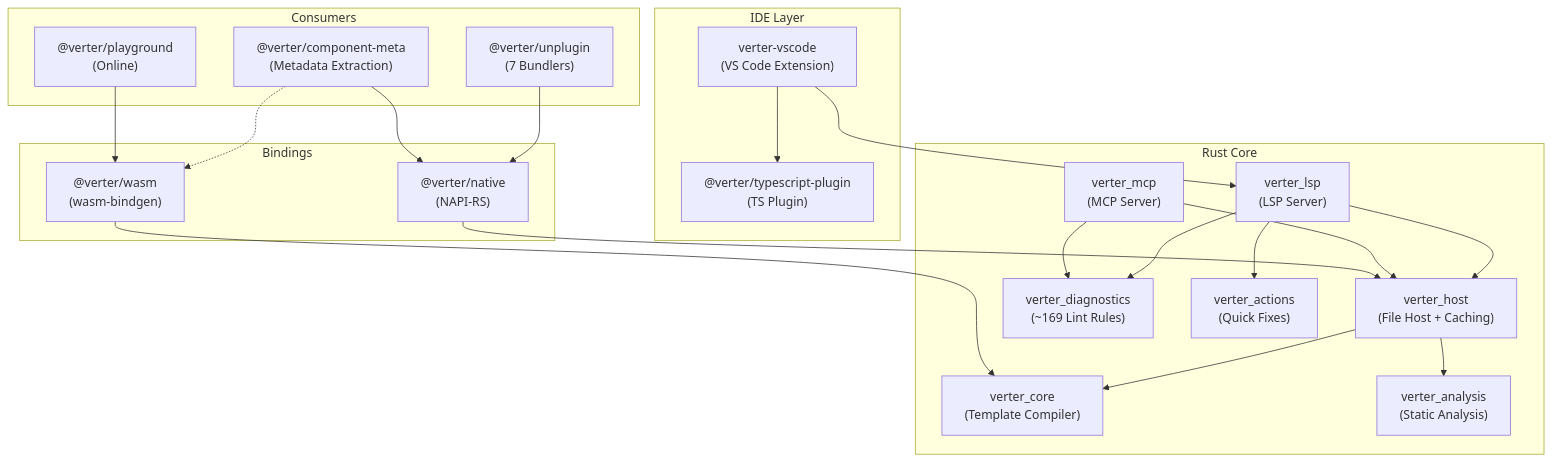
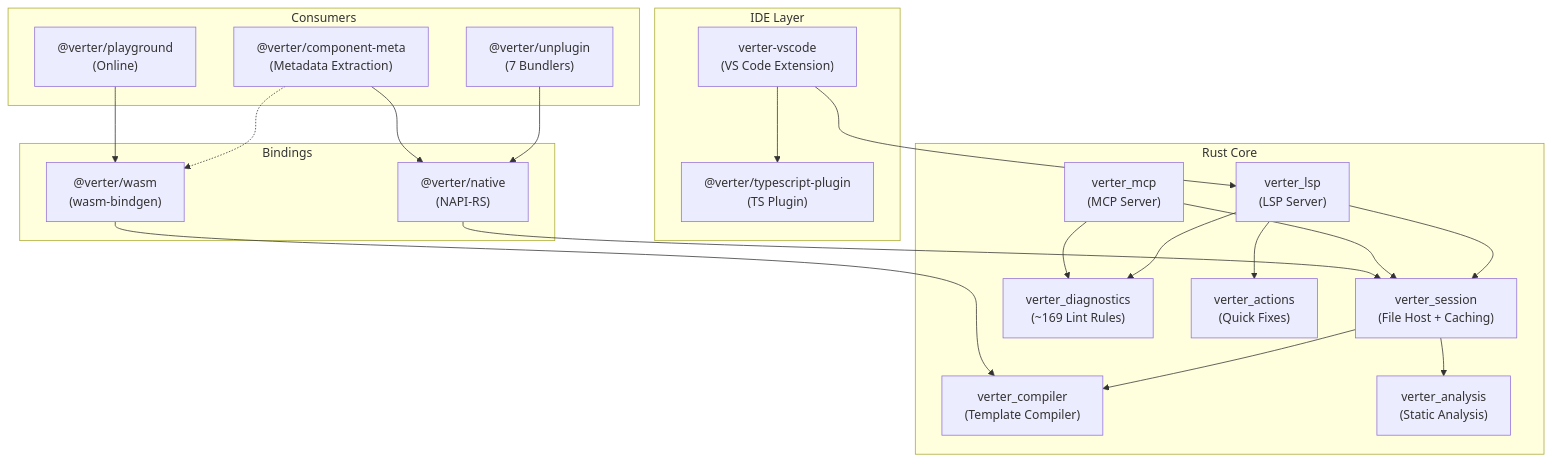
The first of 2 diagrams in readme.md (pikax/verter), drawn with Mermaid before and after one commit. The commit also changed other lines of this file and 29 other files, not shown here.

````diff
--- a/readme.md
+++ b/readme.md
@@ -160,44 +160,44 @@
 ```mermaid
 graph TB
     subgraph "IDE Layer"
         VSCode["verter-vscode<br/>(VS Code Extension)"]
         TSPlugin["@verter/typescript-plugin<br/>(TS Plugin)"]
     end
 
     subgraph "Rust Core"
         LSP["verter_lsp<br/>(LSP Server)"]
         MCP["verter_mcp<br/>(MCP Server)"]
-        Host["verter_host<br/>(File Host + Caching)"]
-        Compiler["verter_core<br/>(Template Compiler)"]
+        Host["verter_session<br/>(File Host + Caching)"]
+        Compiler["verter_compiler<br/>(Template Compiler)"]
         Analysis["verter_analysis<br/>(Static Analysis)"]
         Diagnostics["verter_diagnostics<br/>(~169 Lint Rules)"]
         Actions["verter_actions<br/>(Quick Fixes)"]
     end
 
     subgraph "Bindings"
         Native["@verter/native<br/>(NAPI-RS)"]
         WASM["@verter/wasm<br/>(wasm-bindgen)"]
     end
 
     subgraph "Consumers"
         Unplugin["@verter/unplugin<br/>(7 Bundlers)"]
         ComponentMeta["@verter/component-meta<br/>(Metadata Extraction)"]
         Playground["@verter/playground<br/>(Online)"]
     end
 
     VSCode --> LSP
     VSCode --> TSPlugin
     LSP --> Host
     MCP --> Host
     Host --> Compiler
     Host --> Analysis
     LSP --> Diagnostics
     LSP --> Actions
     MCP --> Diagnostics
     Native --> Host
     WASM --> Compiler
     Unplugin --> Native
     ComponentMeta --> Native
     ComponentMeta -.-> WASM
     Playground --> WASM
 ```
````
